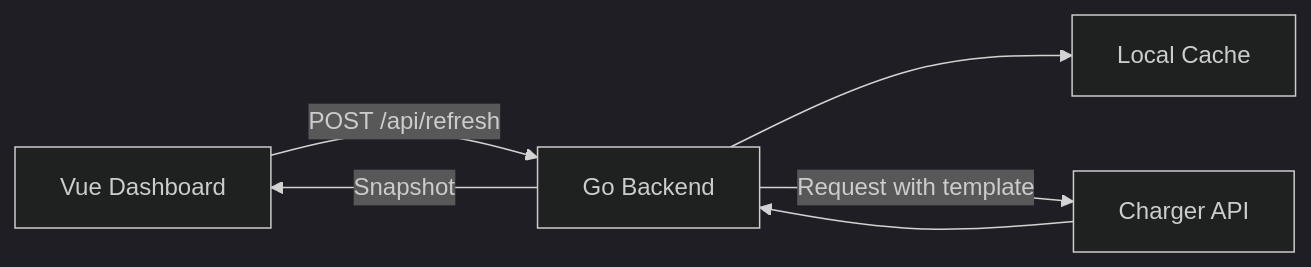
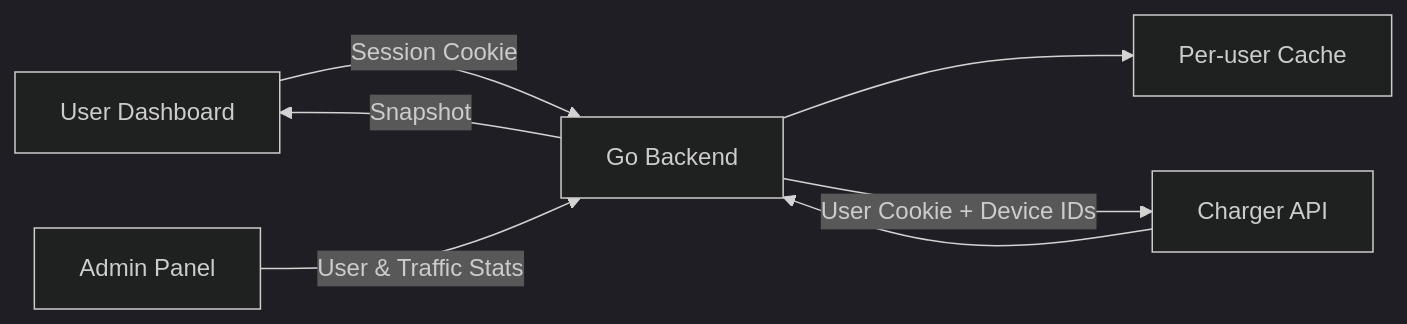
The diagram in README.md (ninuan/charge-api), drawn with Mermaid (dark theme) before and after one commit. The commit also changed other lines of this file and 13 other files, not shown here.

````diff
--- a/README.md
+++ b/README.md
@@ -32,8 +36,9 @@
 ```mermaid
 flowchart LR
-  A["Vue Dashboard"] -->|"POST /api/refresh"| B["Go Backend"]
-  B --> C["Local Cache"]
-  B -->|"Request with template"| D["Charger API"]
+  A["User Dashboard"] -->|"Session Cookie"| B["Go Backend"]
+  B --> C["Per-user Cache"]
+  B -->|"User Cookie + Device IDs"| D["Charger API"]
   D --> B
+  E["Admin Panel"] -->|"User & Traffic Stats"| B
   B -->|"Snapshot"| A
 ```
````
